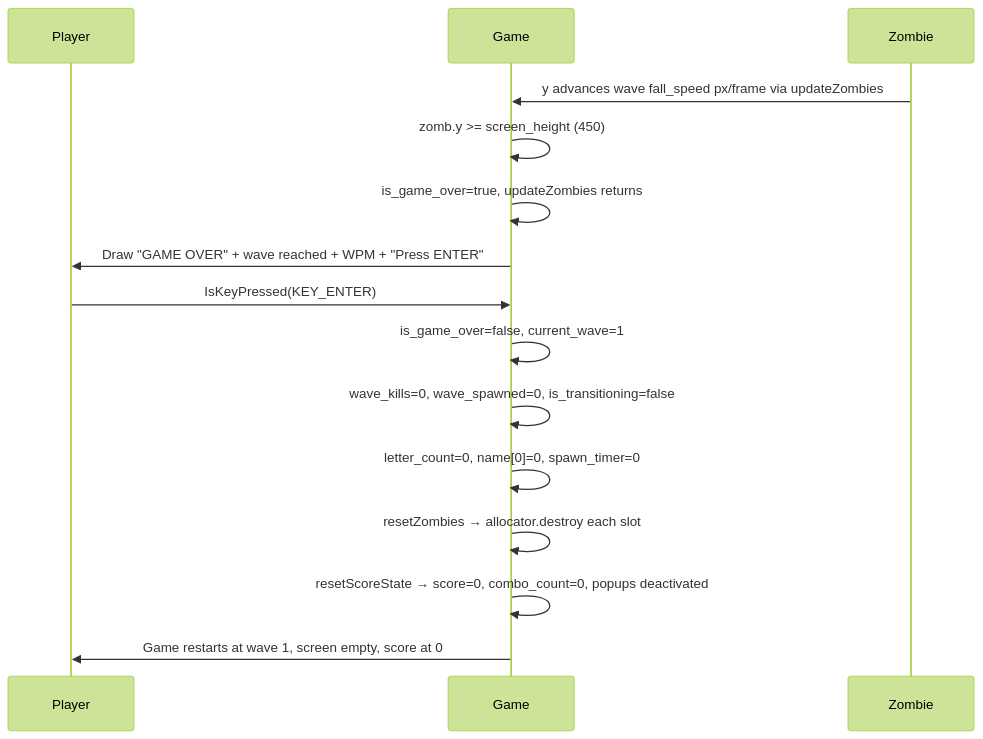
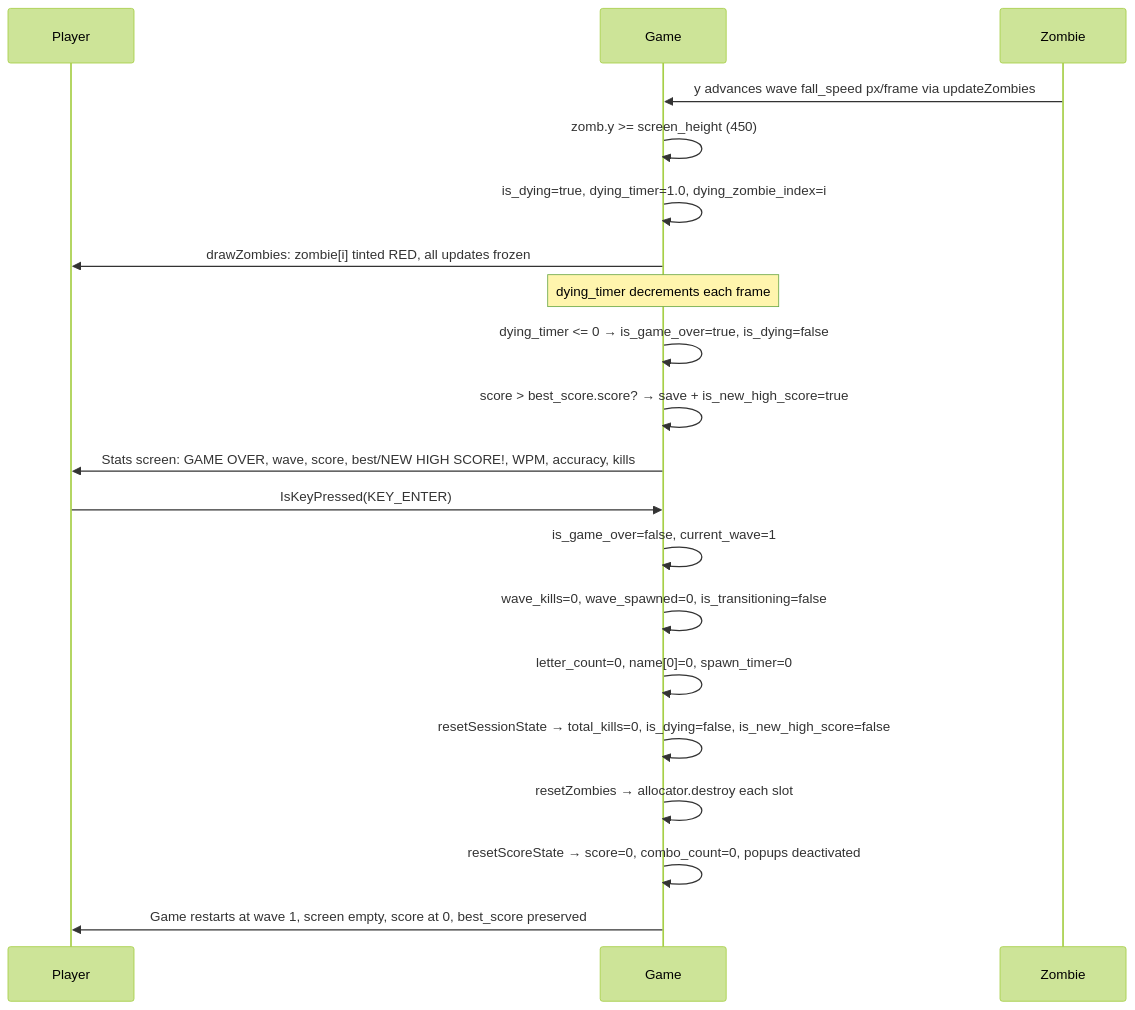
The third of 10 diagrams in specs/specifications/features.md (bfernandez31/death-note), drawn with Mermaid (forest theme) before and after one commit. The commit also changed other lines of this file and 3 other files, not shown here.

````diff
--- a/specs/specifications/features.md
+++ b/specs/specifications/features.md
@@ -723,18 +789,23 @@
 ```mermaid
 sequenceDiagram
     participant Player
     participant Game
     participant Zombie
 
     Zombie->>Game: y advances wave fall_speed px/frame via updateZombies
     Game->>Game: zomb.y >= screen_height (450)
-    Game->>Game: is_game_over=true, updateZombies returns
-    Game->>Player: Draw "GAME OVER" + wave reached + WPM + "Press ENTER"
+    Game->>Game: is_dying=true, dying_timer=1.0, dying_zombie_index=i
+    Game->>Player: drawZombies: zombie[i] tinted RED, all updates frozen
+    Note over Game: dying_timer decrements each frame
+    Game->>Game: dying_timer <= 0 → is_game_over=true, is_dying=false
+    Game->>Game: score > best_score.score? → save + is_new_high_score=true
+    Game->>Player: Stats screen: GAME OVER, wave, score, best/NEW HIGH SCORE!, WPM, accuracy, kills
     Player->>Game: IsKeyPressed(KEY_ENTER)
     Game->>Game: is_game_over=false, current_wave=1
     Game->>Game: wave_kills=0, wave_spawned=0, is_transitioning=false
     Game->>Game: letter_count=0, name[0]=0, spawn_timer=0
+    Game->>Game: resetSessionState → total_kills=0, is_dying=false, is_new_high_score=false
     Game->>Game: resetZombies → allocator.destroy each slot
     Game->>Game: resetScoreState → score=0, combo_count=0, popups deactivated
-    Game->>Player: Game restarts at wave 1, screen empty, score at 0
+    Game->>Player: Game restarts at wave 1, screen empty, score at 0, best_score preserved
 ```
````
